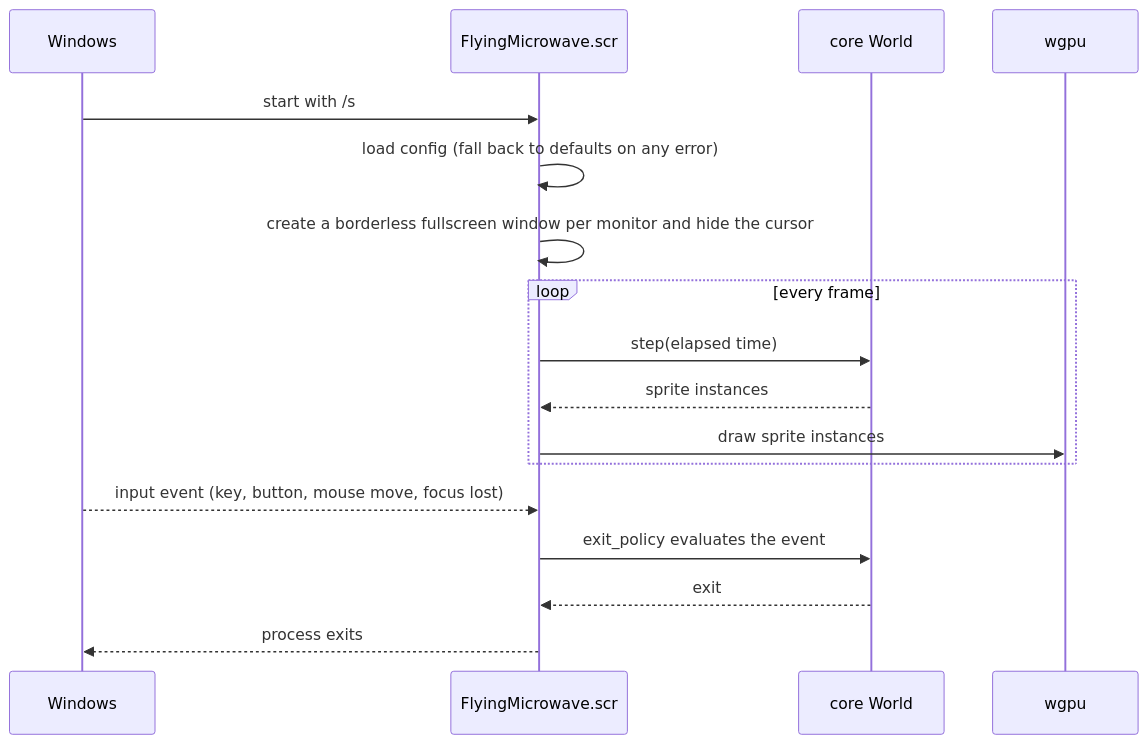
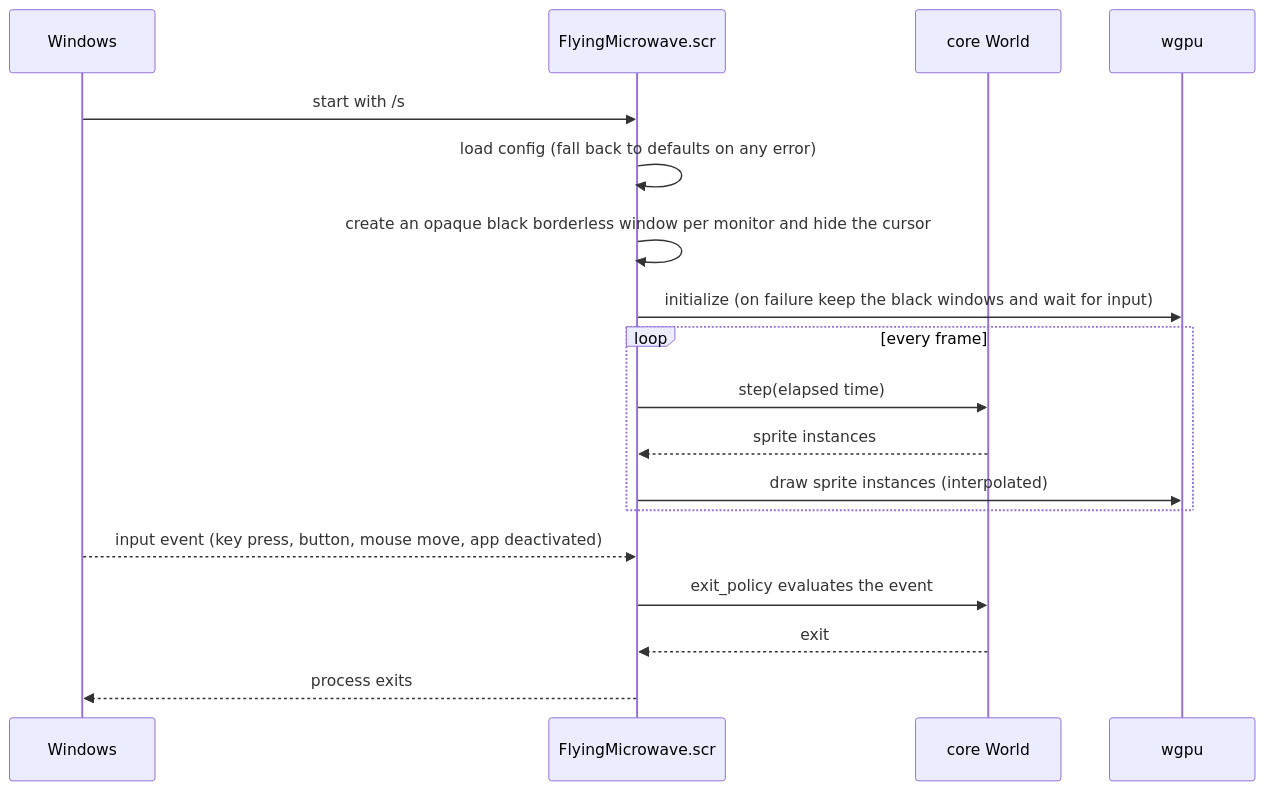
The third of 3 diagrams in docs/design/architecture.md (suchi/flying-microwave), drawn with Mermaid before and after one commit. The commit also changed other lines of this file and 6 other files, not shown here.

````diff
--- a/docs/design/architecture.md
+++ b/docs/design/architecture.md
@@ -93,19 +109,20 @@
 ```mermaid
 sequenceDiagram
     participant OS as Windows
     participant App as FlyingMicrowave.scr
     participant Core as core World
     participant GPU as wgpu
     OS->>App: start with /s
     App->>App: load config (fall back to defaults on any error)
-    App->>App: create a borderless fullscreen window per monitor and hide the cursor
+    App->>App: create an opaque black borderless window per monitor and hide the cursor
+    App->>GPU: initialize (on failure keep the black windows and wait for input)
     loop every frame
         App->>Core: step(elapsed time)
         Core-->>App: sprite instances
-        App->>GPU: draw sprite instances
+        App->>GPU: draw sprite instances (interpolated)
     end
-    OS-->>App: input event (key, button, mouse move, focus lost)
+    OS-->>App: input event (key press, button, mouse move, app deactivated)
     App->>Core: exit_policy evaluates the event
     Core-->>App: exit
     App-->>OS: process exits
 ```
````
